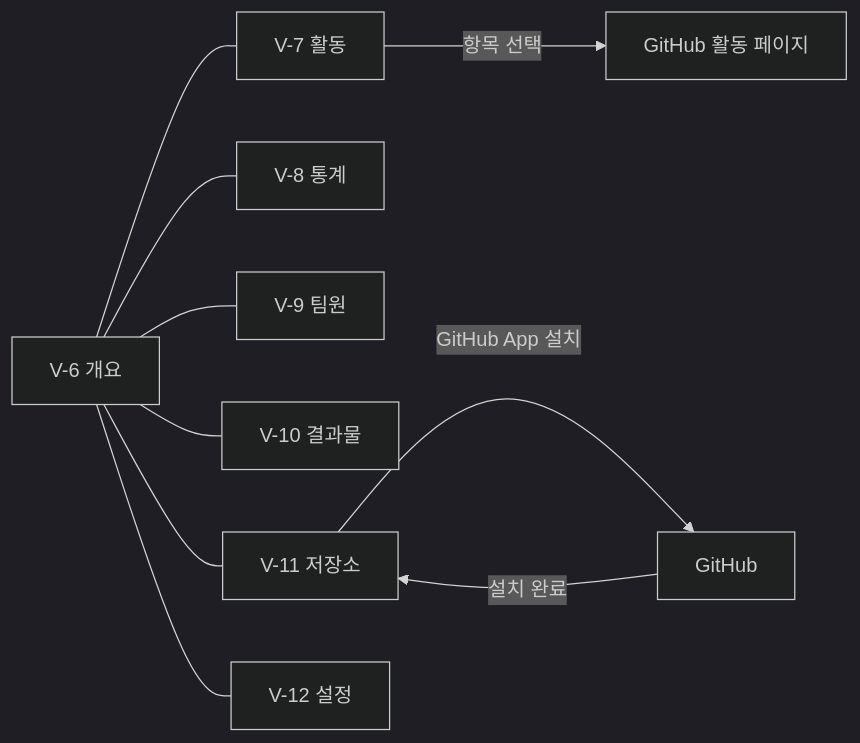
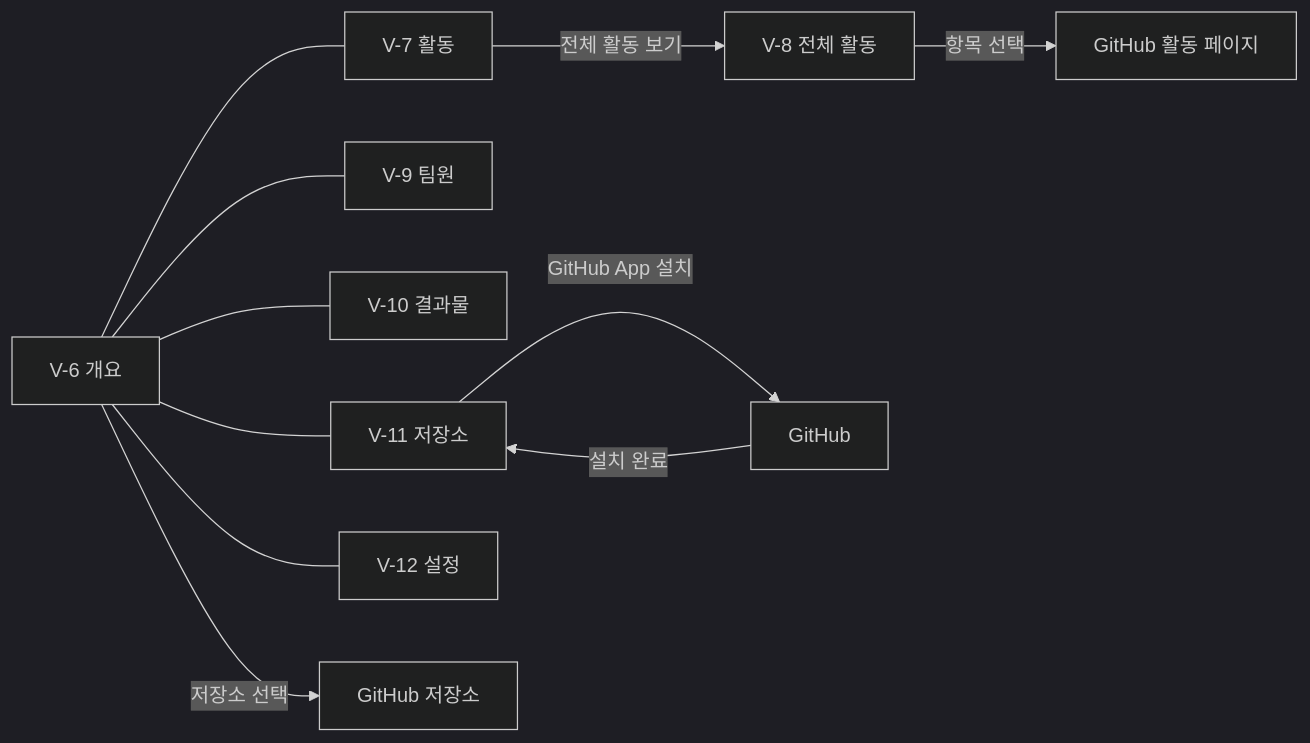
Before and after one commit to neru-33/DJUSW-Reposcope: the second of 3 diagrams in docs/screen-flow.md, drawn with Mermaid (dark theme). The commit also changed other lines of this file and 4 other files, not shown here.

````diff
--- a/docs/screen-flow.md
+++ b/docs/screen-flow.md
@@ -72,12 +78,13 @@
 ```mermaid
 flowchart LR
     G[V-6 개요] --- H[V-7 활동]
-    G --- I[V-8 통계]
+    H -->|전체 활동 보기| I[V-8 전체 활동]
     G --- J[V-9 팀원]
     G --- K[V-10 결과물]
     G --- L[V-11 저장소]
     G --- M[V-12 설정]
     L -->|GitHub App 설치| N[GitHub]
     N -->|설치 완료| L
-    H -->|항목 선택| O[GitHub 활동 페이지]
+    I -->|항목 선택| O[GitHub 활동 페이지]
+    G -->|저장소 선택| P[GitHub 저장소]
 ```
````
